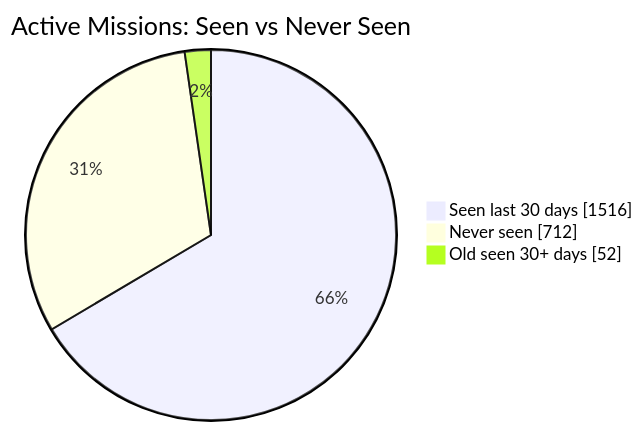
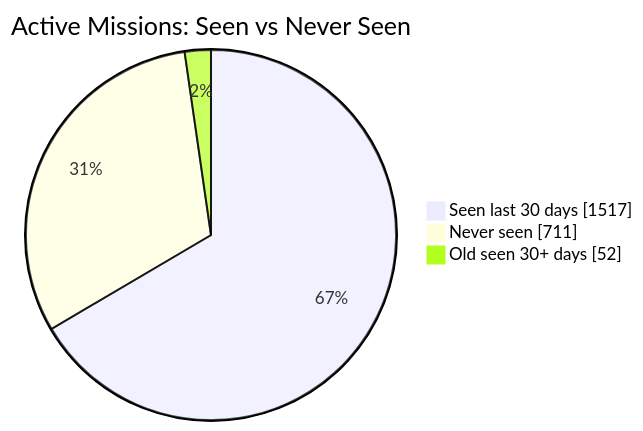
Before and after one commit to MeldkamerspelGameTeam/active-missions: the first of 2 diagrams in README.md, drawn with Mermaid. The commit also changed other lines of this file and 3 other files, not shown here.

````diff
--- a/README.md
+++ b/README.md
@@ -34,7 +34,7 @@
 ```mermaid
 pie showData
     title Active Missions: Seen vs Never Seen
-    "Seen last 30 days" : 1516
-    "Never seen" : 712
+    "Seen last 30 days" : 1517
+    "Never seen" : 711
     "Old seen 30+ days" : 52
 ```
````
